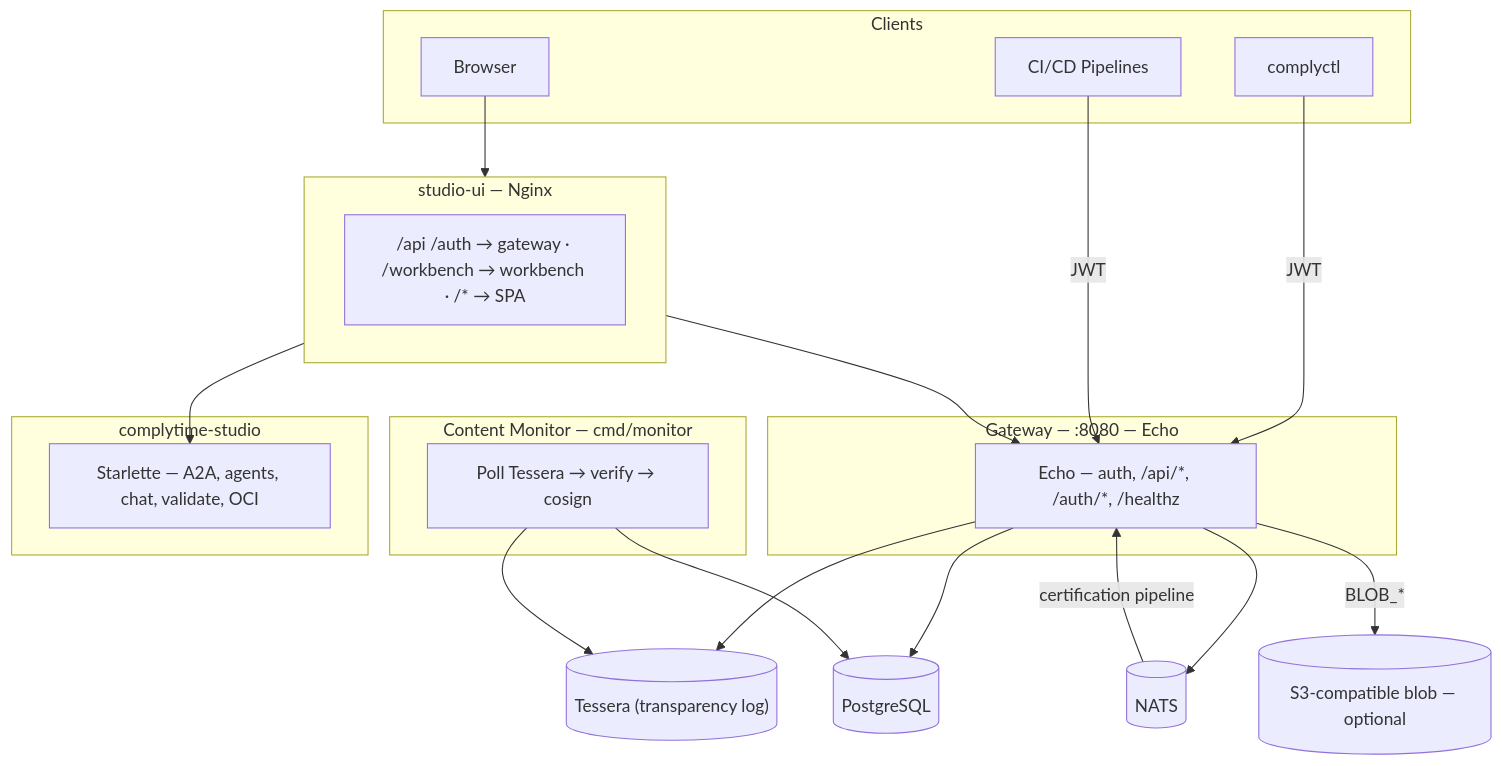
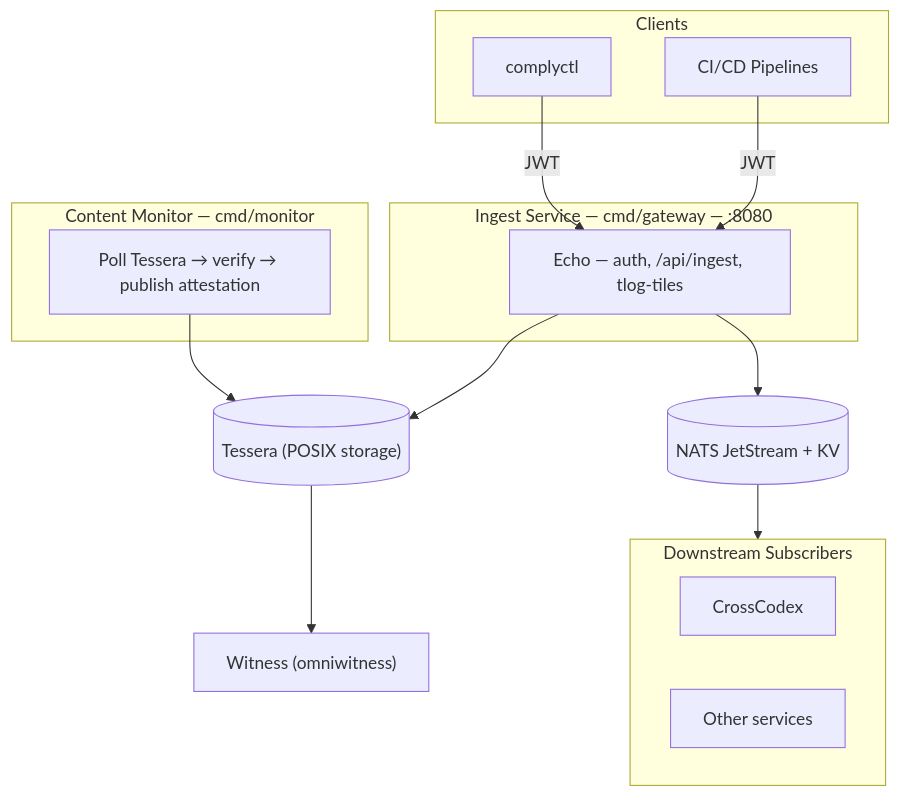
Before and after one commit to complytime-labs/complytime-core: the first of 2 diagrams in docs/architecture.md, drawn with Mermaid. The commit also changed other lines of this file and 2 other files, not shown here.

First line of the commit message:
docs: rewrite architecture, AGENTS.md, and OpenAPI spec for Postgres removal

````diff
--- a/docs/architecture.md
+++ b/docs/architecture.md
@@ -27,42 +22,32 @@
 ```mermaid
 flowchart TB
   subgraph Clients
-    Browser["Browser"]
     complyctl["complyctl"]
     CI["CI/CD Pipelines"]
   end
 
-  subgraph Nginx["studio-ui — Nginx"]
-    Routes["/api /auth → gateway · /workbench → workbench · /* → SPA"]
+  subgraph Ingest["Ingest Service — cmd/gateway — :8080"]
+    Echo["Echo — auth, /api/ingest, tlog-tiles"]
   end
 
-  subgraph Gateway["Gateway — :8080 — Echo"]
-    Echo["Echo — auth, /api/*, /auth/*, /healthz"]
+  Tessera[("Tessera (POSIX storage)")]
+  NATS[("NATS JetStream + KV")]
+  Witness["Witness (omniwitness)"]
+
+  subgraph Monitor["Content Monitor — cmd/monitor"]
+    WS["Poll Tessera → verify → publish attestation"]
   end
 
-  Tessera[("Tessera (transparency log)")]
-  PG[("PostgreSQL")]
-  NATS[("NATS")]
-  Blob[("S3-compatible blob — optional")]
-
-  subgraph Monitor["Content Monitor — cmd/monitor"]
-    WS["Poll Tessera → verify → cosign"]
+  subgraph Downstream["Downstream Subscribers"]
+    CrossCodex["CrossCodex"]
+    Other["Other services"]
   end
 
-  subgraph Workbench["complytime-studio"]
-    WB["Starlette — A2A, agents, chat, validate, OCI"]
-  end
-
-  Browser --> Nginx
   complyctl -->|"JWT"| Echo
   CI -->|"JWT"| Echo
-  Nginx --> Echo
-  Nginx --> WB
   Echo --> Tessera
-  Echo --> PG
   Echo --> NATS
-  Echo -->|"BLOB_*"| Blob
-  NATS -->|"certification pipeline"| Echo
+  Tessera --> Witness
   WS --> Tessera
-  WS --> PG
+  NATS --> Downstream
 ```
````
